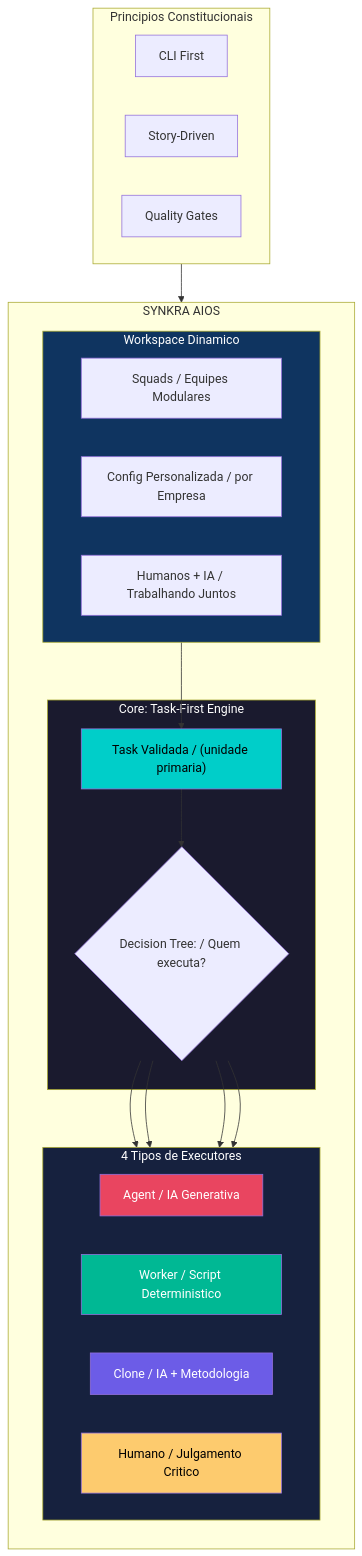
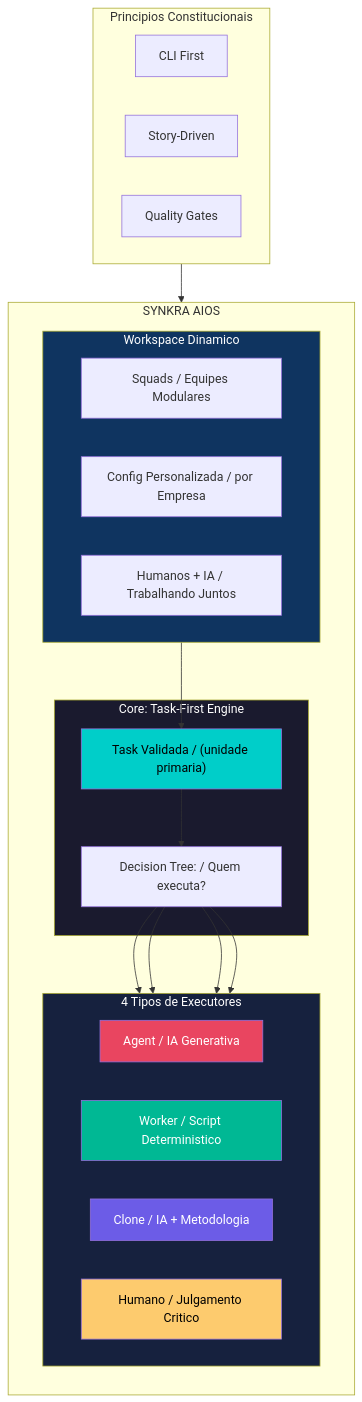
One commit to bychrisr/aios-docs changed the first of 12 diagrams in content/en/docs/architecture/AIOS-VISUAL-OVERVIEW.mdx. Above: the diagram before and after it, drawn with Mermaid. The commit also changed other lines of this file and 40 other files, not shown here.

````diff
--- a/content/en/docs/architecture/AIOS-VISUAL-OVERVIEW.mdx
+++ b/content/en/docs/architecture/AIOS-VISUAL-OVERVIEW.mdx
@@ -39,50 +39,50 @@
 ```mermaid
 flowchart TB
     subgraph AIOS["SYNKRA AIOS"]
         direction TB
 
         subgraph CORE["Core: Task-First Engine"]
             TASK["Task Validada / (unidade primaria)"]
-            DECISION{"Decision Tree: / Quem executa?"}
+            DECISION["Decision Tree: / Quem executa?"]
         end
 
         subgraph EXECUTORS["4 Tipos de Executores"]
             direction LR
             AGENT["Agent / IA Generativa"]
             WORKER["Worker / Script Deterministico"]
             CLONE["Clone / IA + Metodologia"]
             HUMAN["Humano / Julgamento Critico"]
         end
 
         subgraph WORKSPACE["Workspace Dinamico"]
             direction LR
             SQUADS["Squads / Equipes Modulares"]
             CONFIG["Config Personalizada / por Empresa"]
             COLLAB["Humanos + IA / Trabalhando Juntos"]
         end
     end
 
     subgraph PRINCIPLES["Principios Constitucionais"]
         CLI["CLI First"]
         STORY["Story-Driven"]
         QUALITY["Quality Gates"]
     end
 
     TASK --> DECISION
     DECISION --> AGENT
     DECISION --> WORKER
     DECISION --> CLONE
     DECISION --> HUMAN
 
     WORKSPACE --> TASK
     PRINCIPLES --> AIOS
 
     style CORE fill:#1a1a2e,color:#fff
     style EXECUTORS fill:#16213e,color:#fff
     style WORKSPACE fill:#0f3460,color:#fff
     style AGENT fill:#e94560,color:#fff
     style WORKER fill:#00b894,color:#fff
     style CLONE fill:#6c5ce7,color:#fff
     style HUMAN fill:#fdcb6e,color:#000
     style TASK fill:#00cec9,color:#000
 ```
````
